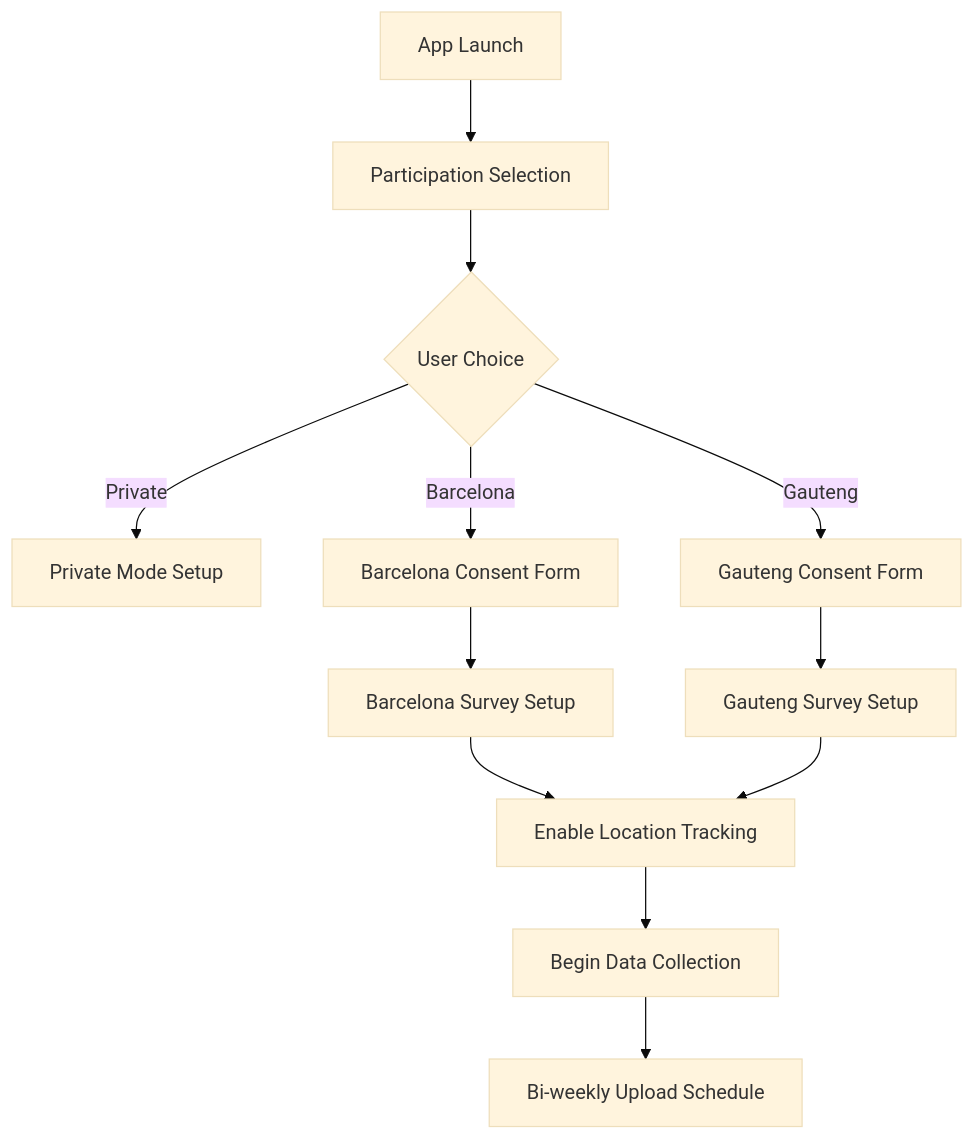
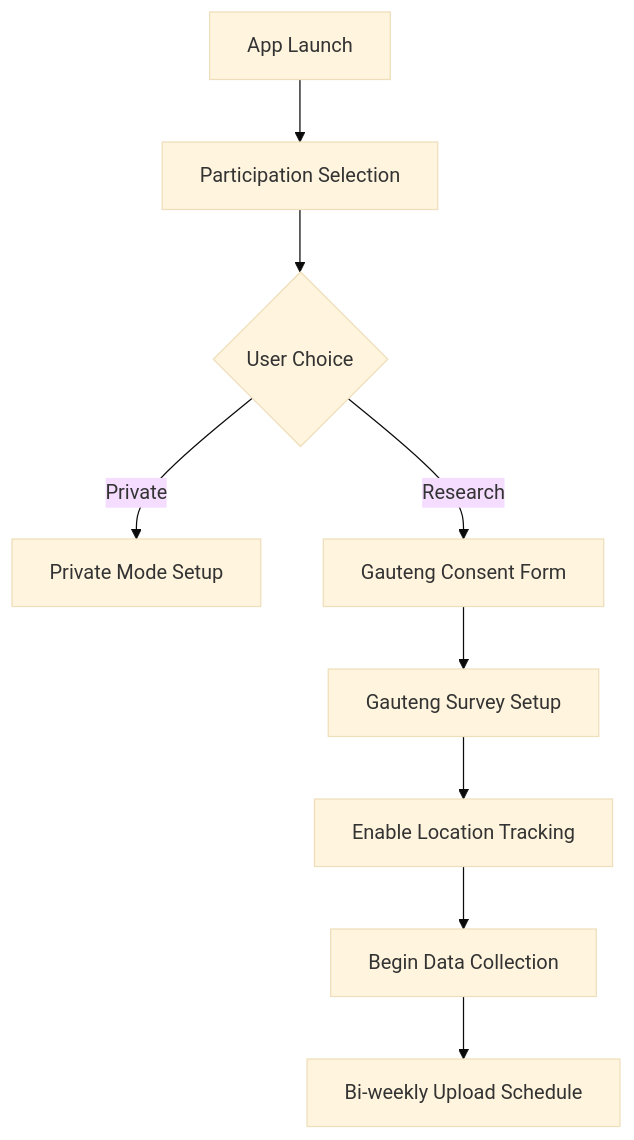
The first of 4 diagrams in docs/DEVELOPER_GUIDE.md (ActivitySpaceLab/gauteng-wellbeing-mapper-app), drawn with Mermaid (base theme) before and after one commit. The commit also changed other lines of this file and 6 other files, not shown here.

````diff
--- a/docs/DEVELOPER_GUIDE.md
+++ b/docs/DEVELOPER_GUIDE.md
@@ -81,14 +79,11 @@
 ```mermaid
 graph TD
     A[App Launch] --> B[Participation Selection]
     B --> C{User Choice}
     C -->|Private| D[Private Mode Setup]
-    C -->|Barcelona| E[Barcelona Consent Form]
-    C -->|Gauteng| F[Gauteng Consent Form]
-    E --> G[Barcelona Survey Setup]
-    F --> H[Gauteng Survey Setup]
-    G --> I[Enable Location Tracking]
-    H --> I
-    I --> J[Begin Data Collection]
-    J --> K[Bi-weekly Upload Schedule]
+    C -->|Research| E[Gauteng Consent Form]
+    E --> F[Gauteng Survey Setup]
+    F --> G[Enable Location Tracking]
+    G --> H[Begin Data Collection]
+    H --> I[Bi-weekly Upload Schedule]
 ```
````
